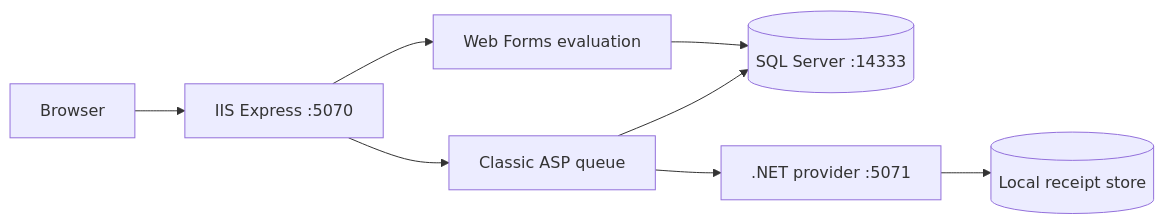
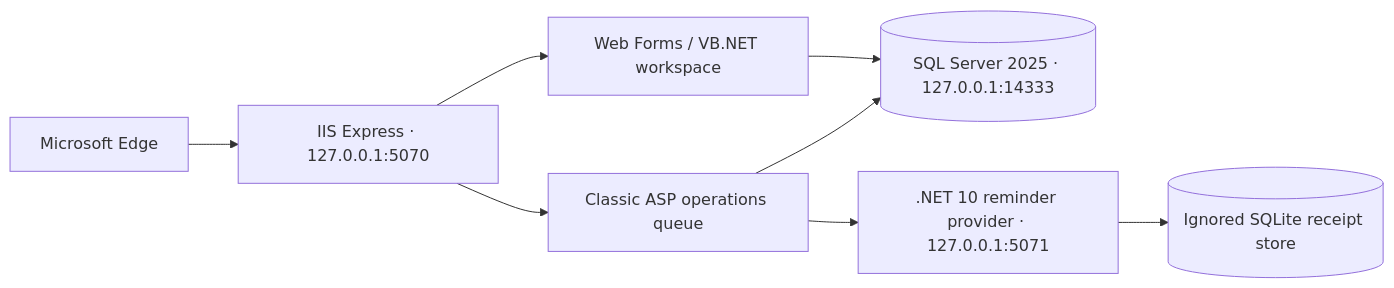
One commit to fullstack-nick/Triage changed the diagram in README.md. Above: the diagram before and after it, drawn with Mermaid. The commit also changed other lines of this file and 21 other files, not shown here.

````diff
--- a/README.md
+++ b/README.md
@@ -39,10 +31,10 @@
 ```mermaid
 flowchart LR
-    Browser --> IIS[IIS Express :5070]
-    IIS --> Admin[Classic ASP queue]
-    IIS --> Reviewer[Web Forms evaluation]
-    Admin --> SQL[(SQL Server :14333)]
+    Browser[Microsoft Edge] --> IIS[IIS Express · 127.0.0.1:5070]
+    IIS --> Admin[Classic ASP operations queue]
+    IIS --> Reviewer[Web Forms / VB.NET workspace]
+    Admin --> SQL[(SQL Server 2025 · 127.0.0.1:14333)]
     Reviewer --> SQL
-    Admin --> Provider[.NET provider :5071]
-    Provider --> Receipts[(Local receipt store)]
+    Admin --> API[.NET 10 reminder provider · 127.0.0.1:5071]
+    API --> Receipts[(Ignored SQLite receipt store)]
 ```
````
